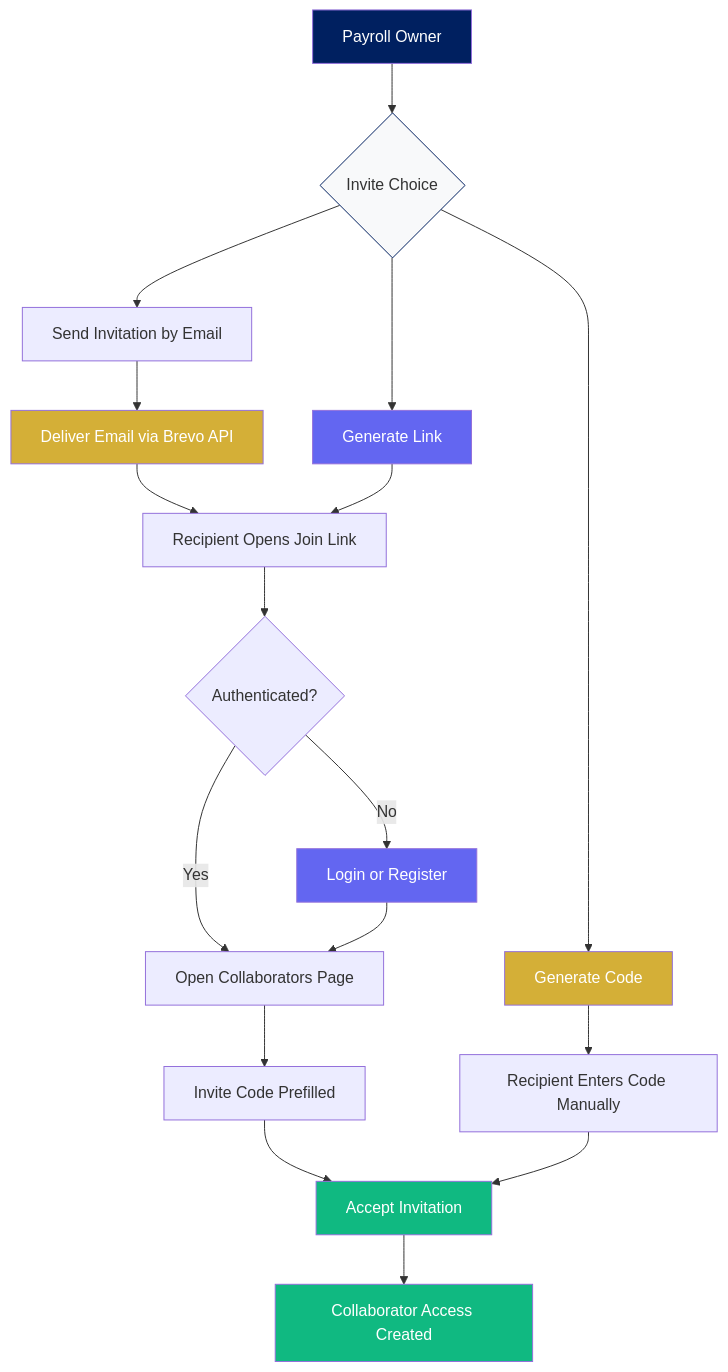
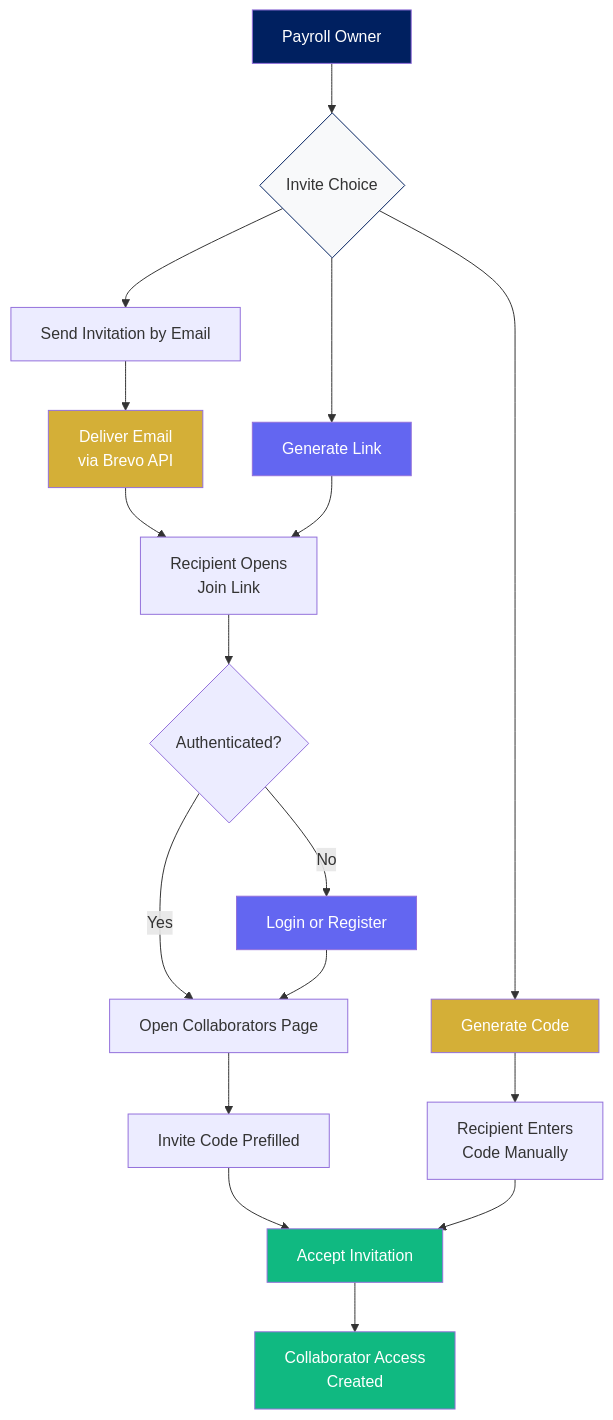
Diagram 16 of 16 in README.md (binssente-crypto/PAYROLL-DOCUMENTATION), drawn with Mermaid before and after one commit. The commit also changed other lines of this file, not shown here.

````diff
--- a/README.md
+++ b/README.md
@@ -827,31 +827,31 @@
 ```mermaid
 flowchart TD
     OWNER[Payroll Owner] --> CHOICE{Invite Choice}
     CHOICE --> EMAIL[Send Invitation by Email]
     CHOICE --> CODE[Generate Code]
     CHOICE --> LINK[Generate Link]
 
-    EMAIL --> SEND[Deliver Email via Brevo API]
-    SEND --> RECIPIENT[Recipient Opens Join Link]
-    CODE --> MANUAL[Recipient Enters Code Manually]
+    EMAIL --> SEND["Deliver Email<br/>via Brevo API"]
+    SEND --> RECIPIENT["Recipient Opens<br/>Join Link"]
+    CODE --> MANUAL["Recipient Enters<br/>Code Manually"]
     LINK --> RECIPIENT
 
     RECIPIENT --> AUTH{Authenticated?}
     AUTH -- Yes --> COLLAB[Open Collaborators Page]
     AUTH -- No --> LOGIN[Login or Register]
     LOGIN --> COLLAB
 
     COLLAB --> PREFILL[Invite Code Prefilled]
     PREFILL --> ACCEPT[Accept Invitation]
     MANUAL --> ACCEPT
-    ACCEPT --> ACCESS[Collaborator Access Created]
+    ACCEPT --> ACCESS["Collaborator Access<br/>Created"]
 
     style OWNER fill:#002060,color:#fff
     style CHOICE fill:#f8f9fa,stroke:#002060
     style CODE fill:#D4AF37,color:#fff
     style LINK fill:#6366f1,color:#fff
     style SEND fill:#D4AF37,color:#fff
     style LOGIN fill:#6366f1,color:#fff
     style ACCEPT fill:#10b981,color:#fff
     style ACCESS fill:#10b981,color:#fff
 ```
````
